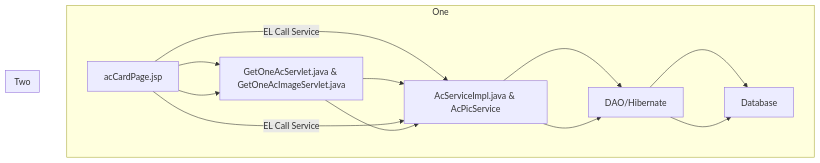
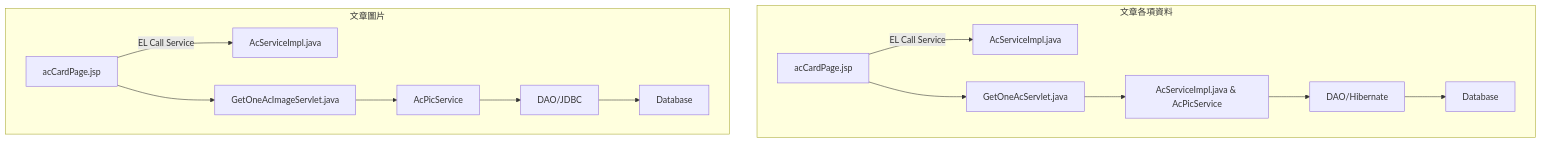
Before and after one commit to TLexYuW/CGA103G1OwnPart: the ninth of 12 diagrams in README.md, drawn with Mermaid.

Commit message:
LexVaultBackup: 2022-09-12 19:13:35
Affected files:
README.md

````diff
--- a/README.md
+++ b/README.md
@@ -218,14 +218,14 @@
 ```mermaid
 graph 
-	subgraph One
+	subgraph 文章各項資料
 	acCP -->|EL Call Service| AcSI[AcServiceImpl.java]
-	acCP[acCardPage.jsp] --> GOASGOAIS[GetOneAcServlet.java & GetOneAcImageServlet.java] 
-	--> AcSI[AcServiceImpl.java & AcPicService] --> H[DAO/Hibernate] --> DB[Database]
+	acCP[acCardPage.jsp] --> GOAS[GetOneAcServlet.java] 
+	--> AcSIAcPS[AcServiceImpl.java & AcPicService] --> H[DAO/Hibernate] --> DB[Database]
 	end
 	
-	subgraph Two
-	acCP -->|EL Call Service| AcSI[AcServiceImpl.java]
-	acCP[acCardPage.jsp] --> GOASGOAIS[GetOneAcServlet.java & GetOneAcImageServlet.java] 
-	--> AcSI[AcServiceImpl.java & AcPicService] --> H[DAO/Hibernate] --> DB[Database]
+	subgraph 文章圖片
+	acCP2 -->|EL Call Service| AcSI2[AcServiceImpl.java]
+	acCP2[acCardPage.jsp] --> GOAIS[GetOneAcImageServlet.java] 
+	--> AcPS[AcPicService] --> DAO[DAO/JDBC] --> DB2[Database]
 	end	
 ```
````
